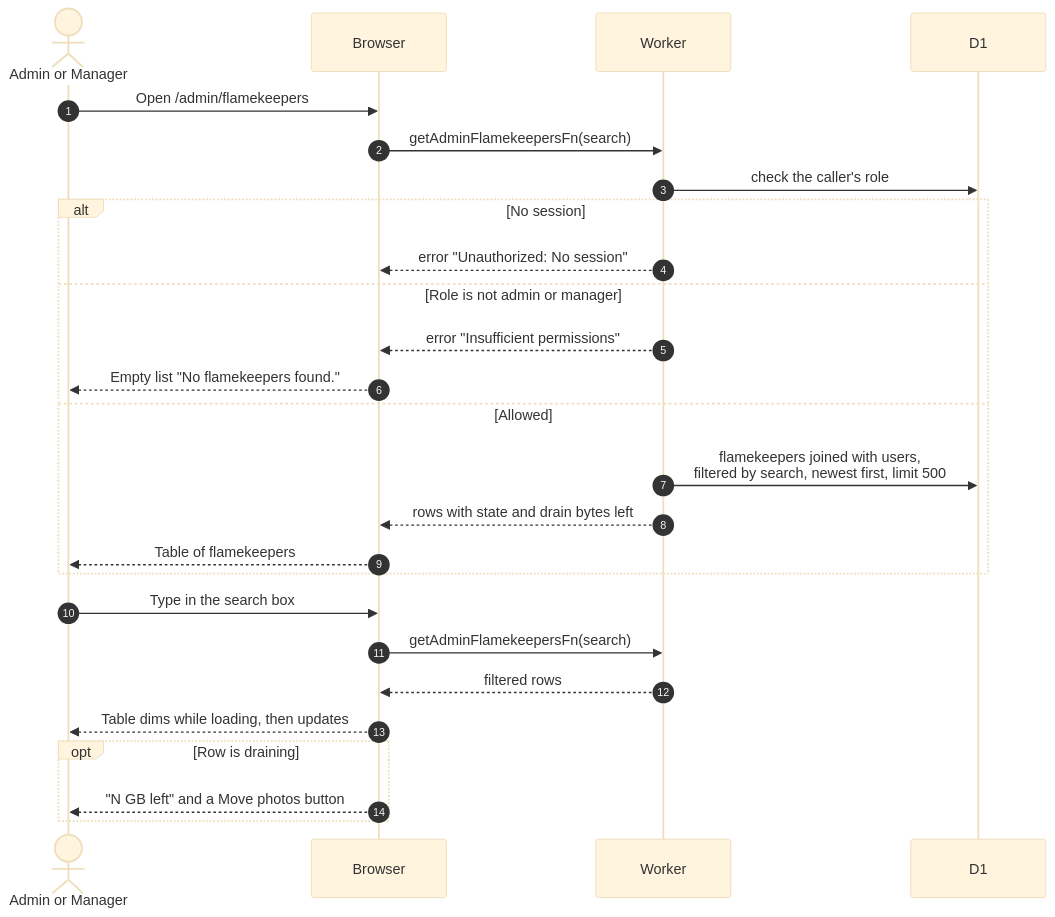
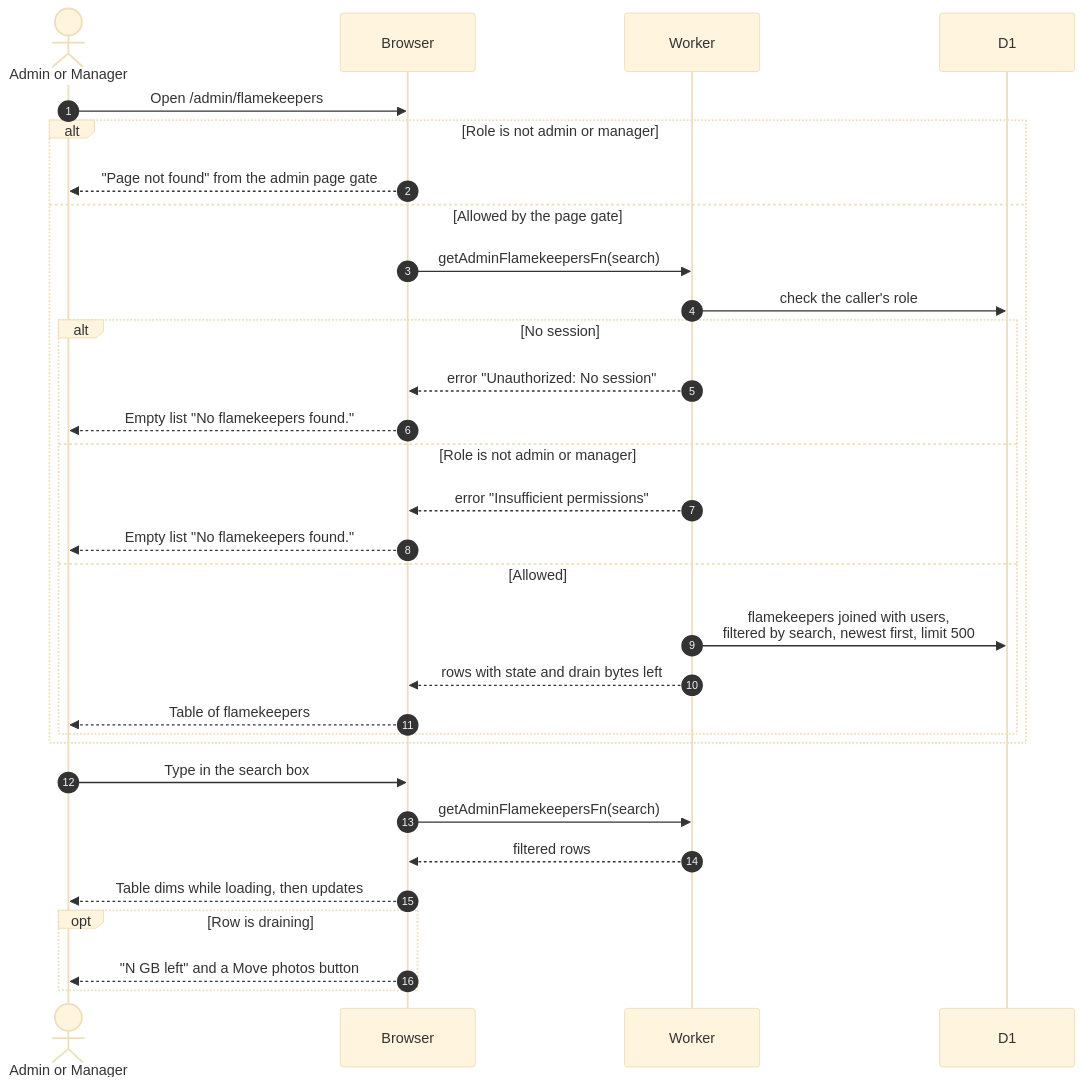
One commit to sagyzdop/meriksirat changed the diagram in docs/scenarios/flamekeepers/admin-flamekeepers.md. Above: the diagram before and after it, drawn with Mermaid (base theme). The commit also changed other lines of this file and 12 other files, not shown here.

Commit message:
docs(scenarios): verify flamekeepers diagrams against the code

````diff
--- a/docs/scenarios/flamekeepers/admin-flamekeepers.md
+++ b/docs/scenarios/flamekeepers/admin-flamekeepers.md
@@ -19,28 +24,33 @@
 ```mermaid
 sequenceDiagram
     autonumber
     actor A as Admin or Manager
     participant Browser
     participant Worker
     participant D1
     A->>Browser: Open /admin/flamekeepers
-    Browser->>Worker: getAdminFlamekeepersFn(search)
-    Worker->>D1: check the caller's role
-    alt No session
-        Worker-->>Browser: error "Unauthorized: No session"
-    else Role is not admin or manager
-        Worker-->>Browser: error "Insufficient permissions"
-        Browser-->>A: Empty list "No flamekeepers found."
-    else Allowed
-        Worker->>D1: flamekeepers joined with users,<br/>filtered by search, newest first, limit 500
-        Worker-->>Browser: rows with state and drain bytes left
-        Browser-->>A: Table of flamekeepers
+    alt Role is not admin or manager
+        Browser-->>A: "Page not found" from the admin page gate
+    else Allowed by the page gate
+        Browser->>Worker: getAdminFlamekeepersFn(search)
+        Worker->>D1: check the caller's role
+        alt No session
+            Worker-->>Browser: error "Unauthorized: No session"
+            Browser-->>A: Empty list "No flamekeepers found."
+        else Role is not admin or manager
+            Worker-->>Browser: error "Insufficient permissions"
+            Browser-->>A: Empty list "No flamekeepers found."
+        else Allowed
+            Worker->>D1: flamekeepers joined with users,<br/>filtered by search, newest first, limit 500
+            Worker-->>Browser: rows with state and drain bytes left
+            Browser-->>A: Table of flamekeepers
+        end
     end
     A->>Browser: Type in the search box
     Browser->>Worker: getAdminFlamekeepersFn(search)
     Worker-->>Browser: filtered rows
     Browser-->>A: Table dims while loading, then updates
     opt Row is draining
         Browser-->>A: "N GB left" and a Move photos button
     end
 ```
````
